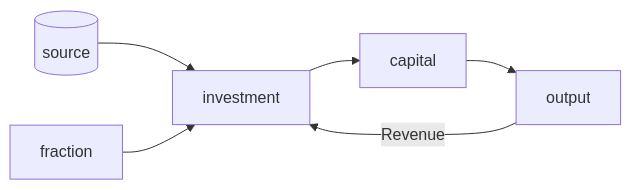
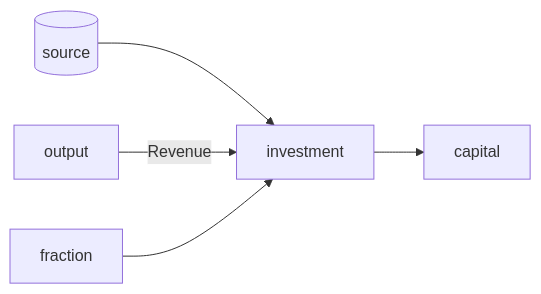
One commit to sarathc-git/dotfiles changed the diagram in examples/sample.org. Above: the diagram before and after it, drawn with Mermaid. The commit also changed other lines of this file and 1 other file, not shown here.

Commit message:
Added the org insert hydra to insert source blocks and mermaid blocks

```diff
--- a/examples/sample.org
+++ b/examples/sample.org
@@ -7,7 +7,6 @@
 #+begin_src mermaid :file investment.png
 flowchart LR
   cloud[(source)] --> investment --> capital
-  capital --> output
   output -- Revenue --> investment
   fraction --> investment
 #+end_src
```
